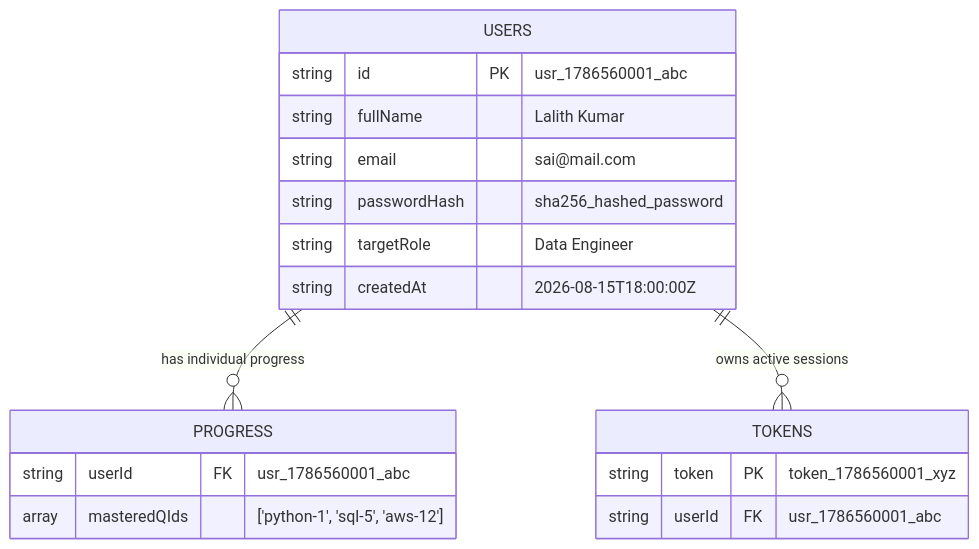
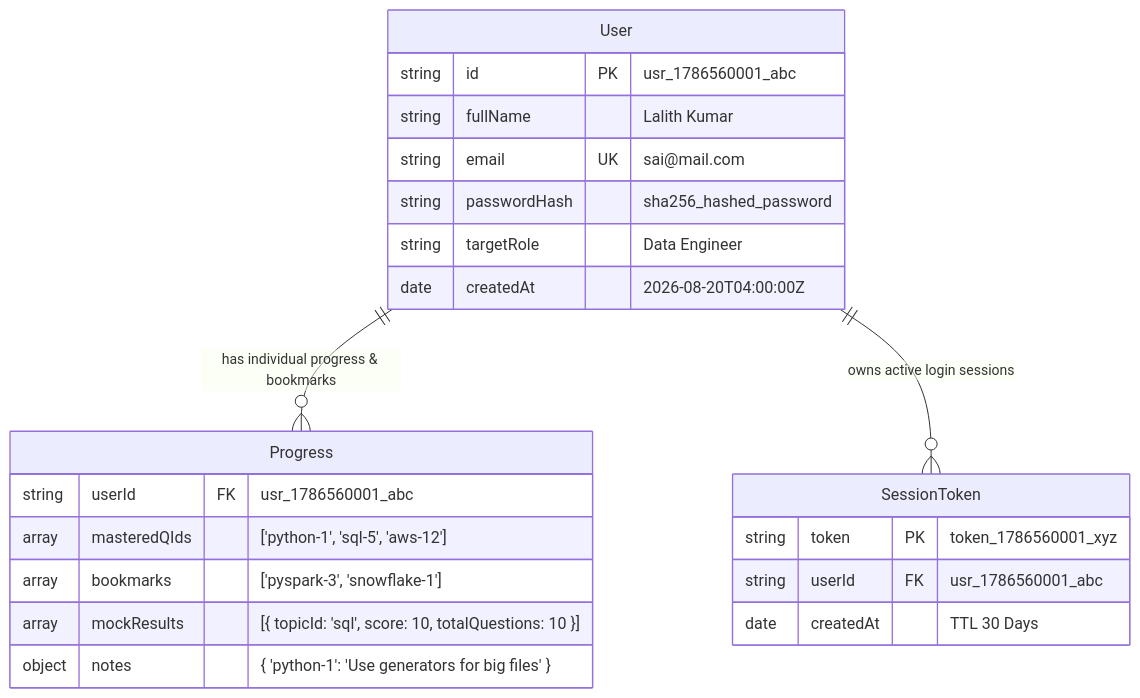
The diagram in DATABASE_DOCUMENTATION.md (SaiLalithNaidu/Data-Engneer-Preparation), drawn with Mermaid before and after one commit. The commit also changed other lines of this file and 1187 other files, not shown here.

````diff
--- a/DATABASE_DOCUMENTATION.md
+++ b/DATABASE_DOCUMENTATION.md
@@ -22,24 +22,28 @@
 ```mermaid
 erDiagram
-    USERS ||--o{ PROGRESS : "has individual progress"
-    USERS ||--o{ TOKENS : "owns active sessions"
+    User ||--o{ Progress : "has individual progress & bookmarks"
+    User ||--o{ SessionToken : "owns active login sessions"
 
-    USERS {
+    User {
         string id PK "usr_1786560001_abc"
         string fullName "Lalith Kumar"
-        string email "sai@mail.com"
+        string email UK "sai@mail.com"
         string passwordHash "sha256_hashed_password"
         string targetRole "Data Engineer"
-        string createdAt "2026-08-15T18:00:00Z"
+        date createdAt "2026-08-20T04:00:00Z"
     }
 
-    PROGRESS {
+    Progress {
         string userId FK "usr_1786560001_abc"
         array masteredQIds "['python-1', 'sql-5', 'aws-12']"
+        array bookmarks "['pyspark-3', 'snowflake-1']"
+        array mockResults "[{ topicId: 'sql', score: 10, totalQuestions: 10 }]"
+        object notes "{ 'python-1': 'Use generators for big files' }"
     }
 
-    TOKENS {
+    SessionToken {
         string token PK "token_1786560001_xyz"
         string userId FK "usr_1786560001_abc"
+        date createdAt "TTL 30 Days"
     }
 ```
````
